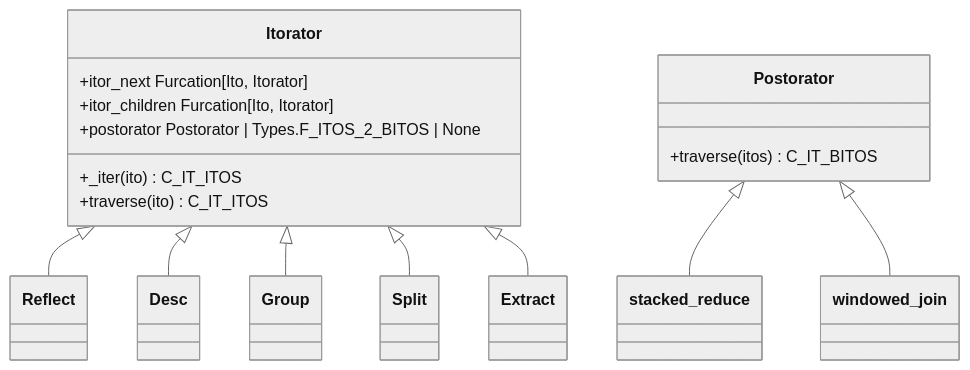
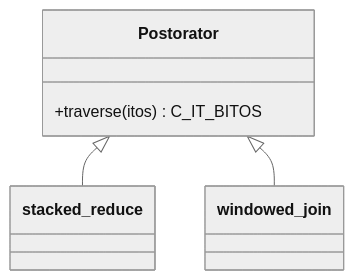
Before and after one commit to rlayers/pawpaw: the ninth of 9 diagrams in docs/4. Arborform.md, drawn with Mermaid (neutral theme). The commit also changed other lines of this file and 3 other files, not shown here.

````diff
--- a/docs/4. Arborform.md
+++ b/docs/4. Arborform.md
@@ -300,23 +358,9 @@
 ```mermaid
 classDiagram
-  class Itorator{
-      +itor_next Furcation[Ito, Itorator]
-      +itor_children Furcation[Ito, Itorator]
-      +postorator Postorator | Types.F_ITOS_2_BITOS | None
-      +_iter(ito) C_IT_ITOS
-      +traverse(ito) C_IT_ITOS
-  }
-  
-  Itorator <|-- Reflect
-  Itorator <|-- Desc
-  Itorator <|-- Group
-  Itorator <|-- Split
-  Itorator <|-- Extract
-
   class Postorator{
       +traverse(itos) C_IT_BITOS
   }
 
   Postorator <|-- stacked_reduce
   Postorator <|-- windowed_join
 ```
````
